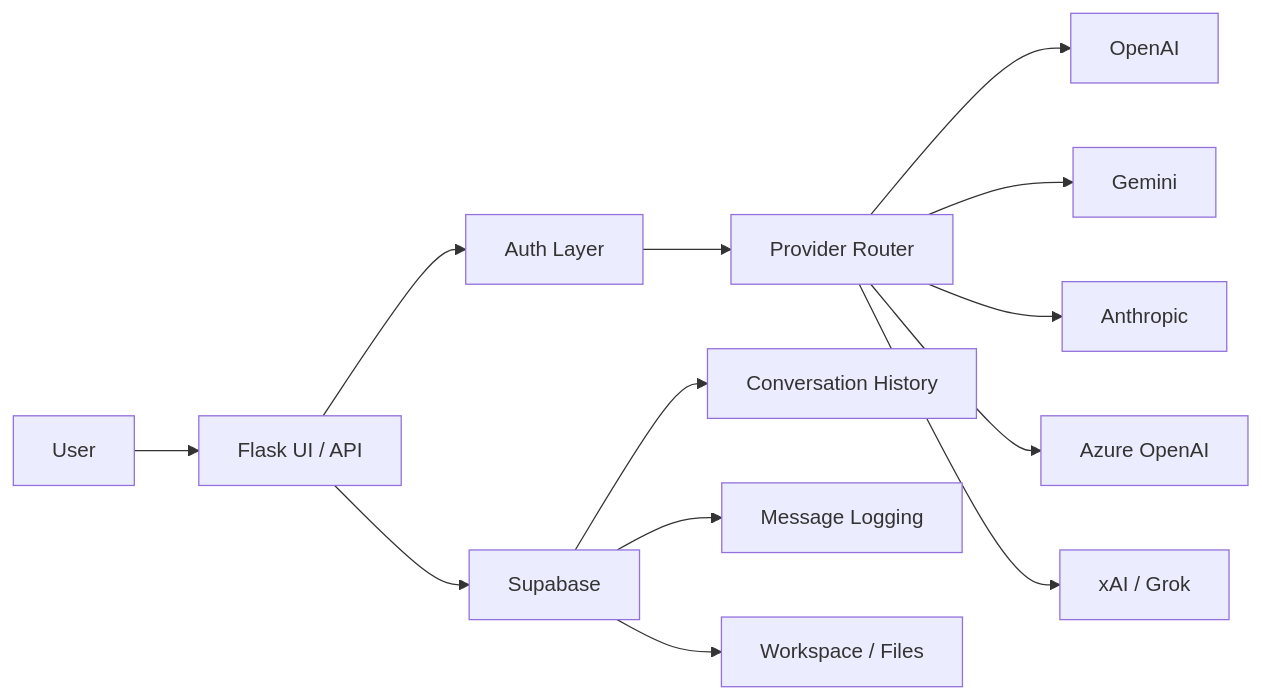
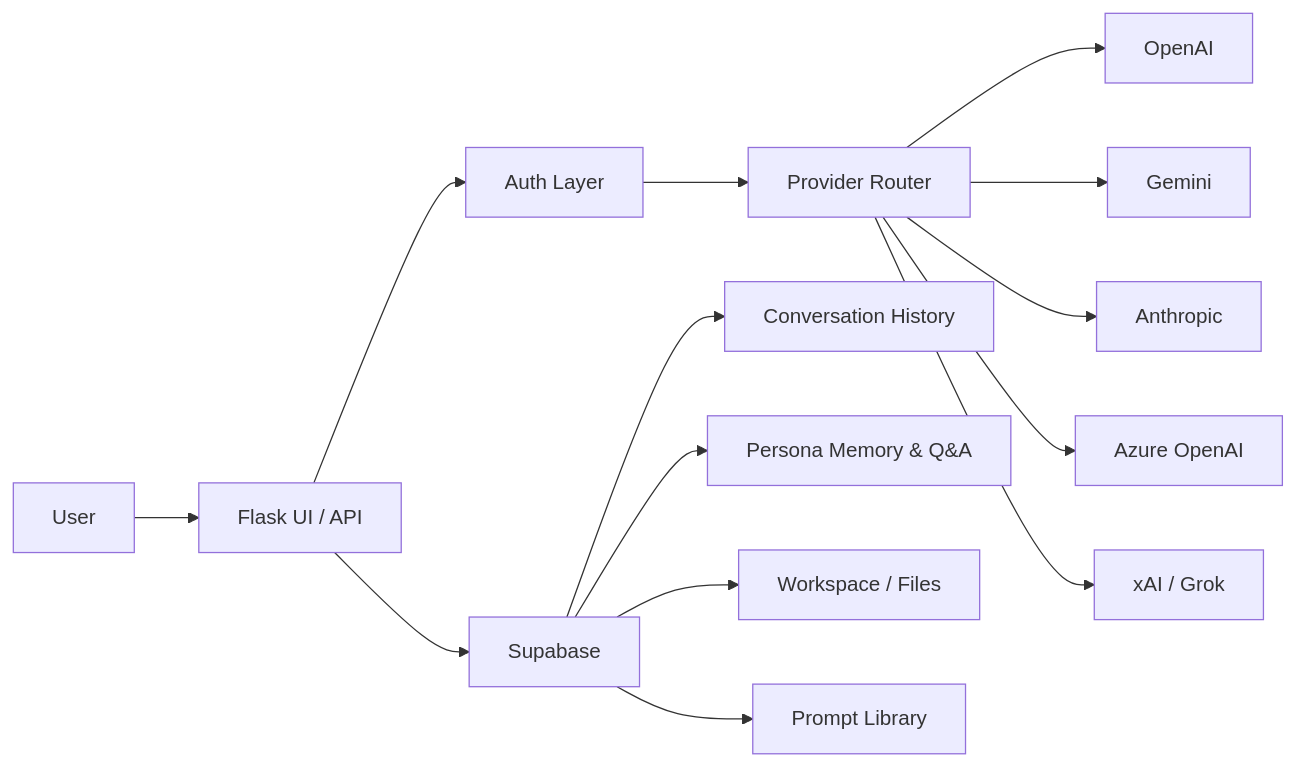
Before and after one commit to shinwookyi-oss/ai-hub: the diagram in README.md, drawn with Mermaid. The commit also changed other lines of this file, not shown here.

Commit message:
README: comprehensive update - 11 modes, 55 personas, memory Q&A, Supabase schemas, architecture

````diff
--- a/README.md
+++ b/README.md
@@ -217,15 +259,16 @@
 ```mermaid
 graph LR
     A[User] --> B[Flask UI / API]
     B --> C[Auth Layer]
     C --> D[Provider Router]
     D --> E[OpenAI]
     D --> F[Gemini]
     D --> G[Anthropic]
     D --> H[Azure OpenAI]
     D --> I[xAI / Grok]
     B --> J[Supabase]
     J --> K[Conversation History]
-    J --> L[Message Logging]
+    J --> L[Persona Memory & Q&A]
     J --> M[Workspace / Files]
+    J --> N[Prompt Library]
 ```
````
